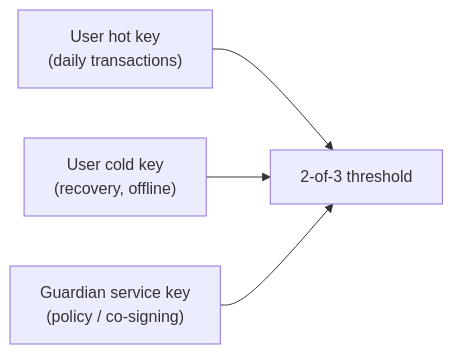
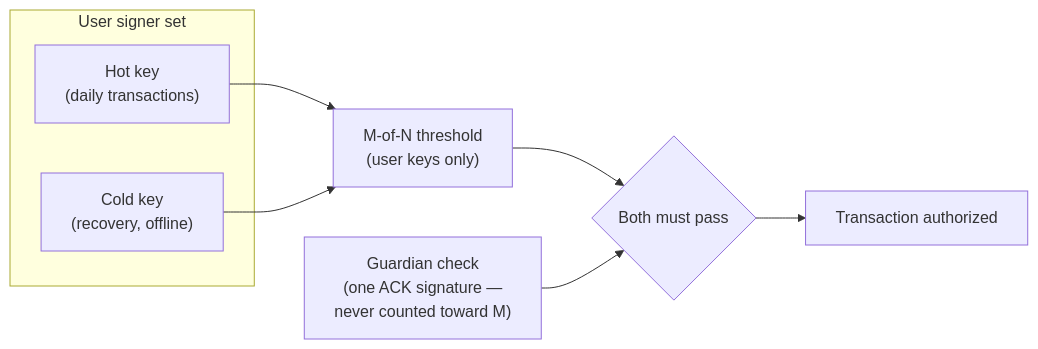
The first of 4 diagrams in docs/CONCEPTS.md (OpenZeppelin/guardian), drawn with Mermaid before and after one commit. The commit also changed other lines of this file, not shown here.

````diff
--- a/docs/CONCEPTS.md
+++ b/docs/CONCEPTS.md
@@ -36,10 +37,16 @@
 ```mermaid
 flowchart LR
-  H["User hot key<br/>(daily transactions)"]
-  C["User cold key<br/>(recovery, offline)"]
-  G["Guardian service key<br/>(policy / co-signing)"]
-  T["2-of-3 threshold"]
+  subgraph S["User signer set"]
+    H["Hot key<br/>(daily transactions)"]
+    C["Cold key<br/>(recovery, offline)"]
+  end
+  T["M-of-N threshold<br/>(user keys only)"]
+  G["Guardian check<br/>(one ACK signature —<br/>never counted toward M)"]
+  B{"Both must pass"}
+  A["Transaction authorized"]
   H --> T
   C --> T
-  G --> T
+  T --> B
+  G --> B
+  B --> A
 ```
````
